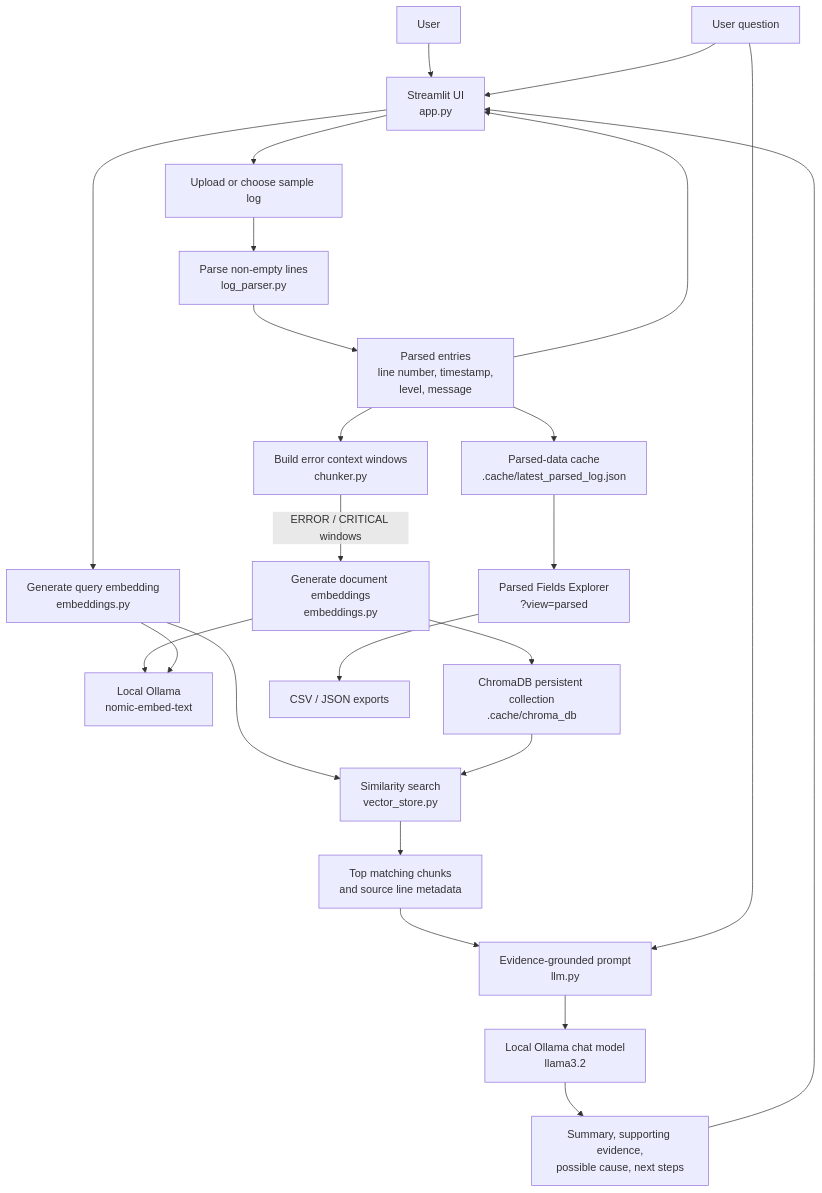
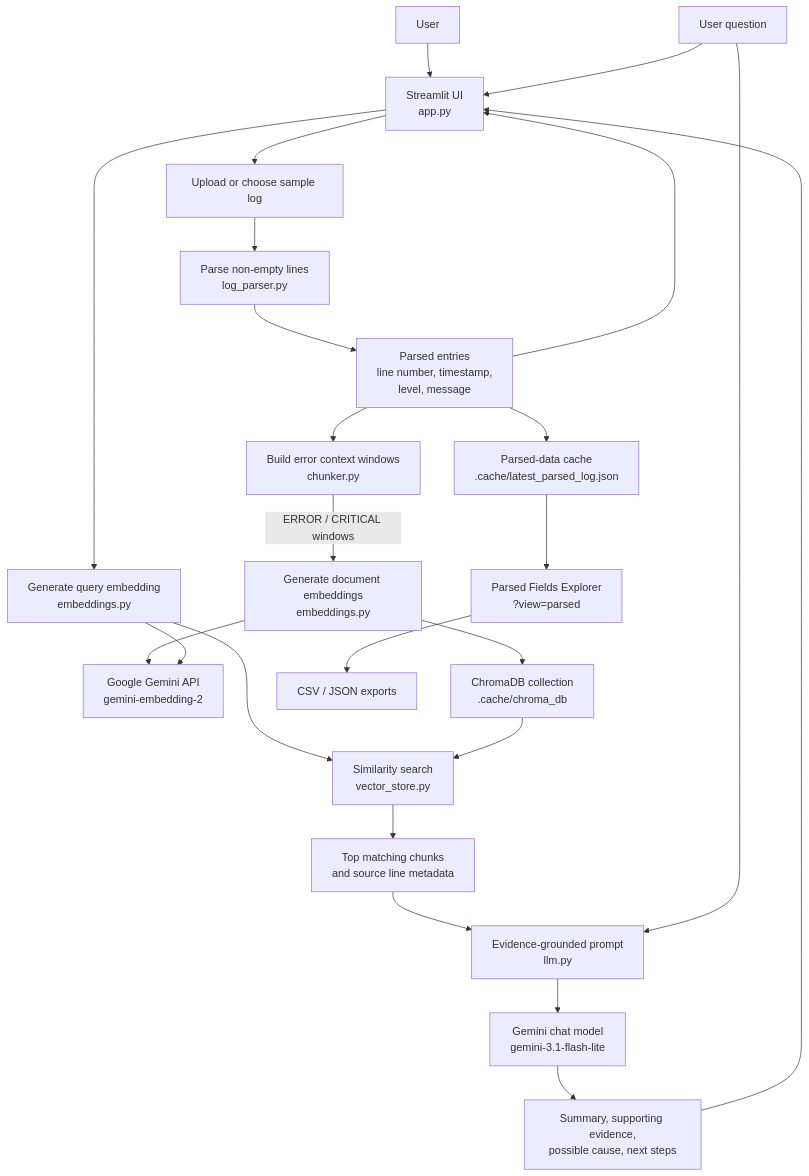
The first of 2 diagrams in README.md (tabssum/AI-Log-Analysis-Assistant), drawn with Mermaid before and after one commit. The commit also changed other lines of this file and 11 other files, not shown here.

````diff
--- a/README.md
+++ b/README.md
@@ -29,28 +30,28 @@
 ```mermaid
 flowchart TD
     U["User"] --> UI["Streamlit UI<br/>app.py"]
     UI --> IN["Upload or choose sample log"]
     IN --> PARSE["Parse non-empty lines<br/>log_parser.py"]
     PARSE --> STRUCT["Parsed entries<br/>line number, timestamp,<br/>level, message"]
     STRUCT --> UI
     STRUCT --> CHUNK["Build error context windows<br/>chunker.py"]
     CHUNK -->|"ERROR / CRITICAL windows"| EMBED["Generate document embeddings<br/>embeddings.py"]
-    EMBED --> OLLAMA["Local Ollama<br/>nomic-embed-text"]
-    EMBED --> STORE["ChromaDB persistent collection<br/>.cache/chroma_db"]
+    EMBED --> GEMINI["Google Gemini API<br/>gemini-embedding-2"]
+    EMBED --> STORE["ChromaDB collection<br/>.cache/chroma_db"]
 
     Q["User question"] --> UI
     UI --> QEMBED["Generate query embedding<br/>embeddings.py"]
-    QEMBED --> OLLAMA
+    QEMBED --> GEMINI
     QEMBED --> SEARCH["Similarity search<br/>vector_store.py"]
     STORE --> SEARCH
     SEARCH --> EVIDENCE["Top matching chunks<br/>and source line metadata"]
     EVIDENCE --> PROMPT["Evidence-grounded prompt<br/>llm.py"]
     Q --> PROMPT
-    PROMPT --> CHAT["Local Ollama chat model<br/>llama3.2"]
+    PROMPT --> CHAT["Gemini chat model<br/>gemini-3.1-flash-lite"]
     CHAT --> ANSWER["Summary, supporting evidence,<br/>possible cause, next steps"]
     ANSWER --> UI
 
     STRUCT --> CACHE["Parsed-data cache<br/>.cache/latest_parsed_log.json"]
     CACHE --> PARSEDVIEW["Parsed Fields Explorer<br/>?view=parsed"]
     PARSEDVIEW --> EXPORT["CSV / JSON exports"]
 ```
````
